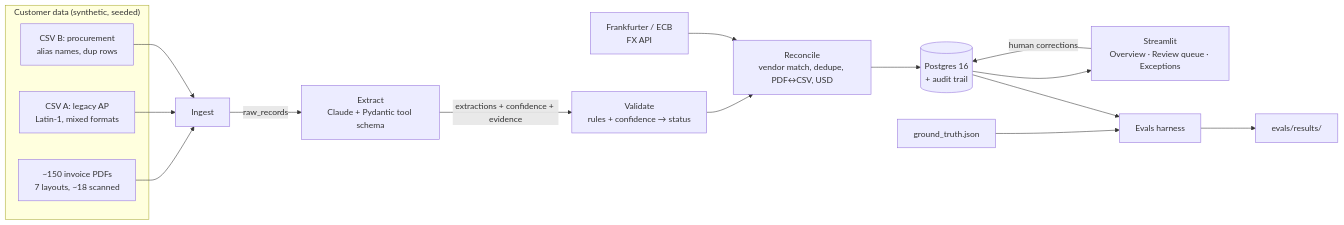
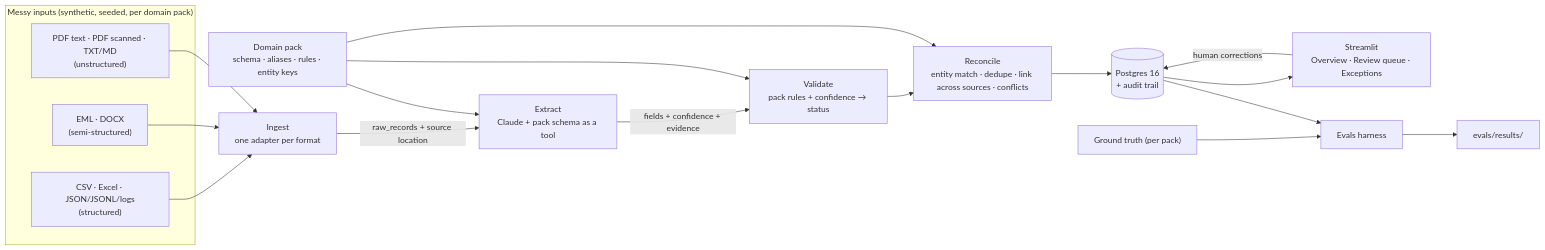
One commit to alysondelledonne/messy-data-reconciliation-pipeline changed the diagram in docs/architecture.md. Above: the diagram before and after it, drawn with Mermaid. The commit also changed other lines of this file and 2 other files, not shown here.

First line of the commit message:
Re-scope brief to generic messy-data pipeline with domain packs

````diff
--- a/docs/architecture.md
+++ b/docs/architecture.md
@@ -9,23 +9,25 @@
 ```mermaid
 flowchart LR
-    subgraph Sources["Customer data (synthetic, seeded)"]
-        PDF["~150 invoice PDFs<br/>7 layouts, ~18 scanned"]
-        CSVA["CSV A: legacy AP<br/>Latin-1, mixed formats"]
-        CSVB["CSV B: procurement<br/>alias names, dup rows"]
+    subgraph Sources["Messy inputs (synthetic, seeded, per domain pack)"]
+        S1["CSV · Excel · JSON/JSONL/logs<br/>(structured)"]
+        S2["EML · DOCX<br/>(semi-structured)"]
+        S3["PDF text · PDF scanned · TXT/MD<br/>(unstructured)"]
     end
-    FX["Frankfurter / ECB<br/>FX API"]
+    PACK["Domain pack<br/>schema · aliases · rules · entity keys"]
 
-    PDF --> ING[Ingest]
-    CSVA --> ING
-    CSVB --> ING
-    ING -->|raw_records| EXT["Extract<br/>Claude + Pydantic tool schema"]
-    EXT -->|extractions + confidence + evidence| VAL["Validate<br/>rules + confidence → status"]
-    VAL --> REC["Reconcile<br/>vendor match, dedupe, PDF↔CSV, USD"]
-    FX --> REC
+    S1 --> ING["Ingest<br/>one adapter per format"]
+    S2 --> ING
+    S3 --> ING
+    ING -->|raw_records + source location| EXT["Extract<br/>Claude + pack schema as a tool"]
+    PACK --> EXT
+    EXT -->|fields + confidence + evidence| VAL["Validate<br/>pack rules + confidence → status"]
+    PACK --> VAL
+    VAL --> REC["Reconcile<br/>entity match · dedupe · link across sources · conflicts"]
+    PACK --> REC
     REC --> DB[("Postgres 16<br/>+ audit trail")]
     DB --> APP["Streamlit<br/>Overview · Review queue · Exceptions"]
     APP -->|human corrections| DB
-    GT["ground_truth.json"] --> EVAL["Evals harness"]
+    GT["Ground truth (per pack)"] --> EVAL["Evals harness"]
     DB --> EVAL
     EVAL --> RES["evals/results/"]
 ```
````
